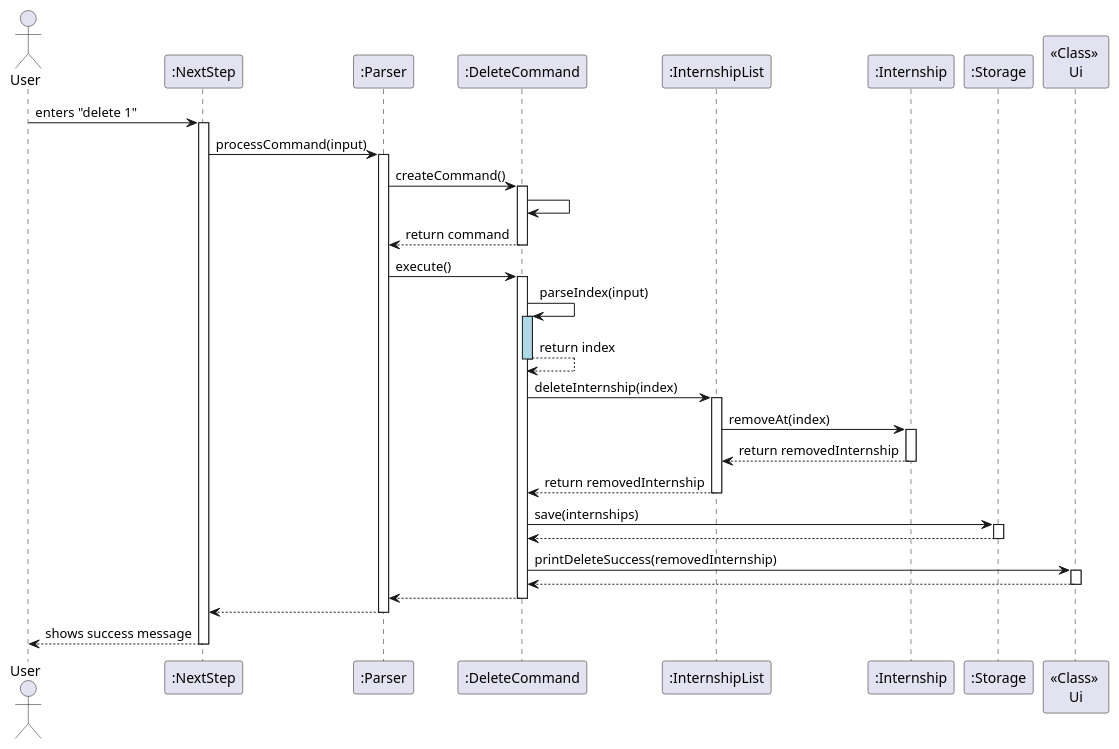
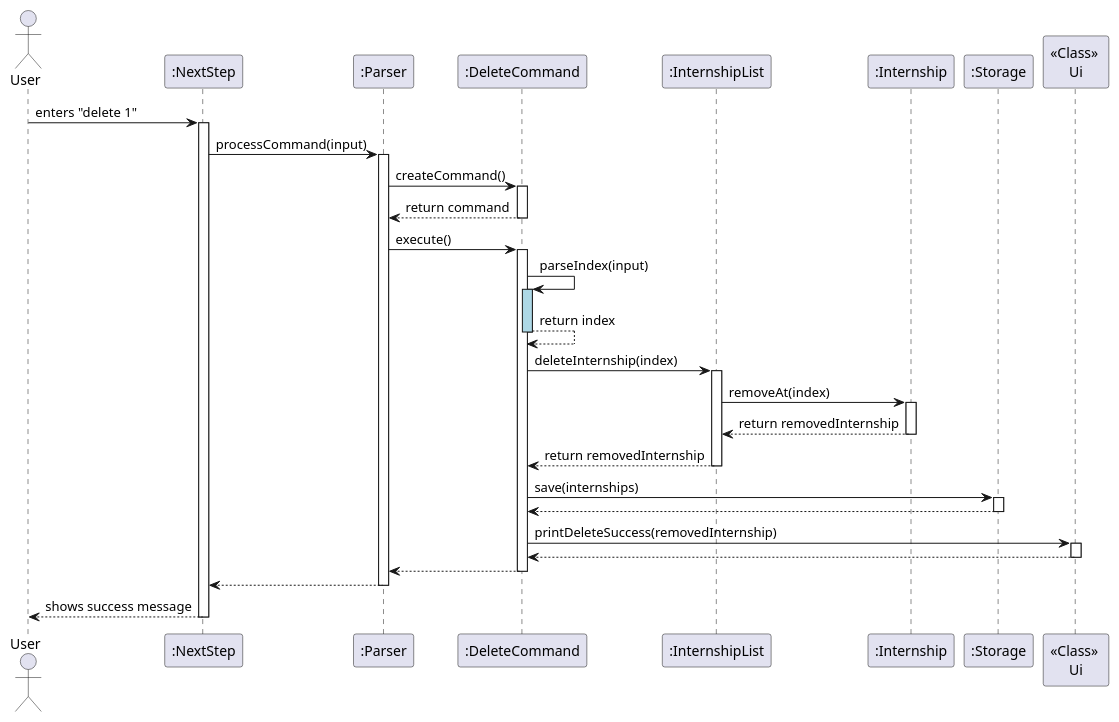
Before and after one commit to xyanjun02/tp: the diagram in docs/diagrams/deleteCommandSequence.puml, drawn with PlantUML. The commit also changed 11 other files, not shown here.

Commit message:
Updated diagrams for dg

```diff
--- a/docs/diagrams/deleteCommandSequence.puml
+++ b/docs/diagrams/deleteCommandSequence.puml
@@ -1,60 +1,59 @@
 @startuml
 'https://plantuml.com/sequence-diagram
 
 actor User
 participant ":NextStep" as NextStep
 participant ":Parser" as Parser
 participant ":DeleteCommand" as DeleteCommand
 participant ":InternshipList" as InternshipList
 participant ":Internship" as Internship
 participant ":Storage" as Storage
 participant "<<Class>> \nUi" as Ui
 
 User -> NextStep : enters "delete 1"
 activate NextStep
 
 NextStep -> Parser : processCommand(input)
 activate Parser
 
 Parser -> DeleteCommand : createCommand()
 activate DeleteCommand
-DeleteCommand -> DeleteCommand
 DeleteCommand --> Parser : return command
 deactivate DeleteCommand
 
 Parser -> DeleteCommand : execute()
 activate DeleteCommand
 
 DeleteCommand -> DeleteCommand : parseIndex(input)
 activate DeleteCommand #lightblue
 DeleteCommand --> DeleteCommand : return index
 deactivate DeleteCommand
 
 DeleteCommand -> InternshipList : deleteInternship(index)
 activate InternshipList
 InternshipList -> Internship : removeAt(index)
 activate Internship
 Internship --> InternshipList : return removedInternship
 deactivate Internship
 InternshipList --> DeleteCommand : return removedInternship
 deactivate InternshipList
 
 DeleteCommand -> Storage : save(internships)
 activate Storage
 Storage --> DeleteCommand
 deactivate Storage
 
 DeleteCommand -> Ui : printDeleteSuccess(removedInternship)
 activate Ui
 Ui --> DeleteCommand
 deactivate Ui
 
 DeleteCommand --> Parser
 deactivate DeleteCommand
 
 Parser --> NextStep
 deactivate Parser
 
 NextStep --> User : shows success message
 deactivate NextStep
 @enduml
```
